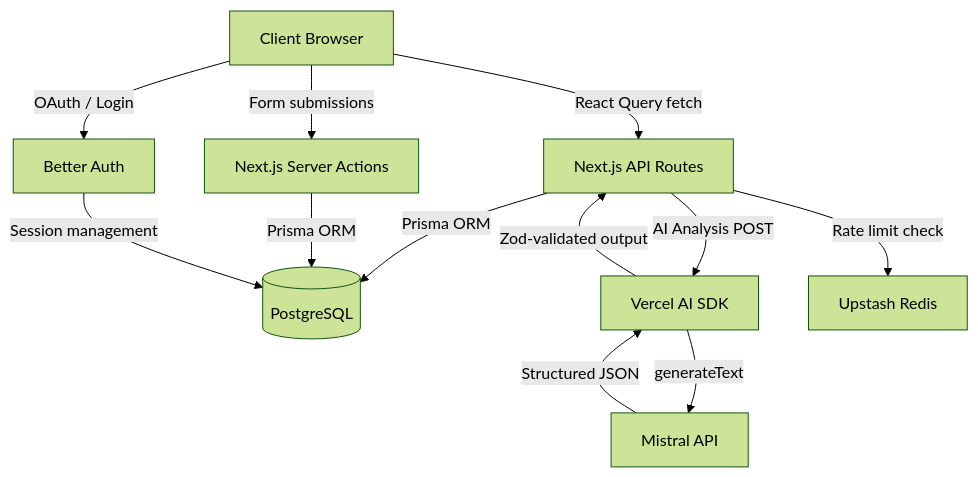
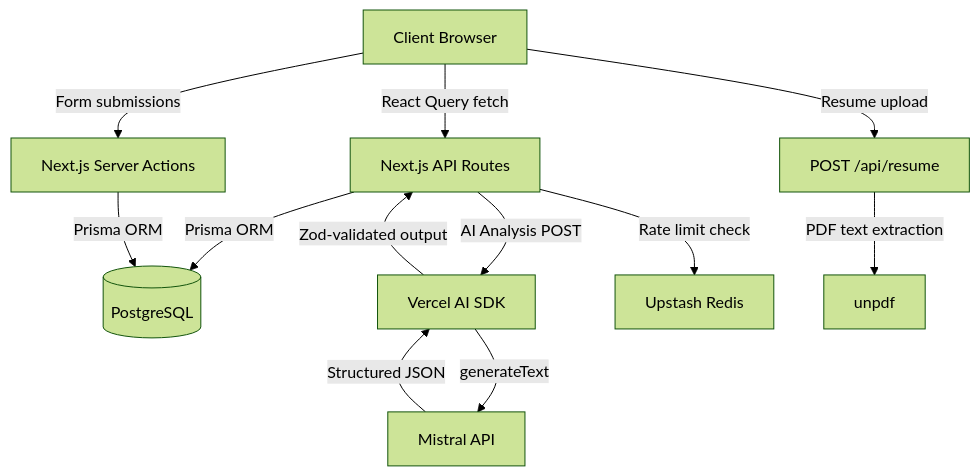
Before and after one commit to nethangabrielb/calibrate-ai: the first of 2 diagrams in README.md, drawn with Mermaid (forest theme). The commit also changed other lines of this file, not shown here.

Commit message:
docs(readme): sync README with latest resume upload + updated rate limit

````diff
--- a/README.md
+++ b/README.md
@@ -284,14 +285,14 @@
 ```mermaid
 graph TD
     A[Client Browser] -->|React Query fetch| B[Next.js API Routes]
     A -->|Form submissions| C[Next.js Server Actions]
     B -->|Prisma ORM| D[(PostgreSQL)]
     C -->|Prisma ORM| D
     B -->|AI Analysis POST| E[Vercel AI SDK]
     E -->|generateText| F[Mistral API]
     F -->|Structured JSON| E
     E -->|Zod-validated output| B
     B -->|Rate limit check| G[Upstash Redis]
-    A -->|OAuth / Login| H[Better Auth]
-    H -->|Session management| D
+    A -->|Resume upload| I[POST /api/resume]
+    I -->|PDF text extraction| J[unpdf]
 ```
````
